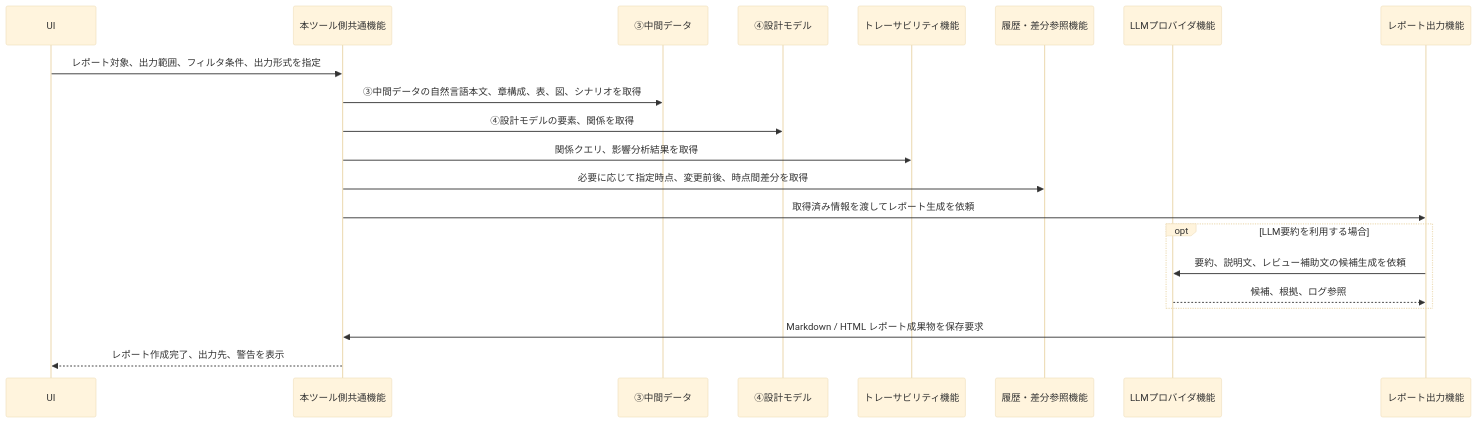
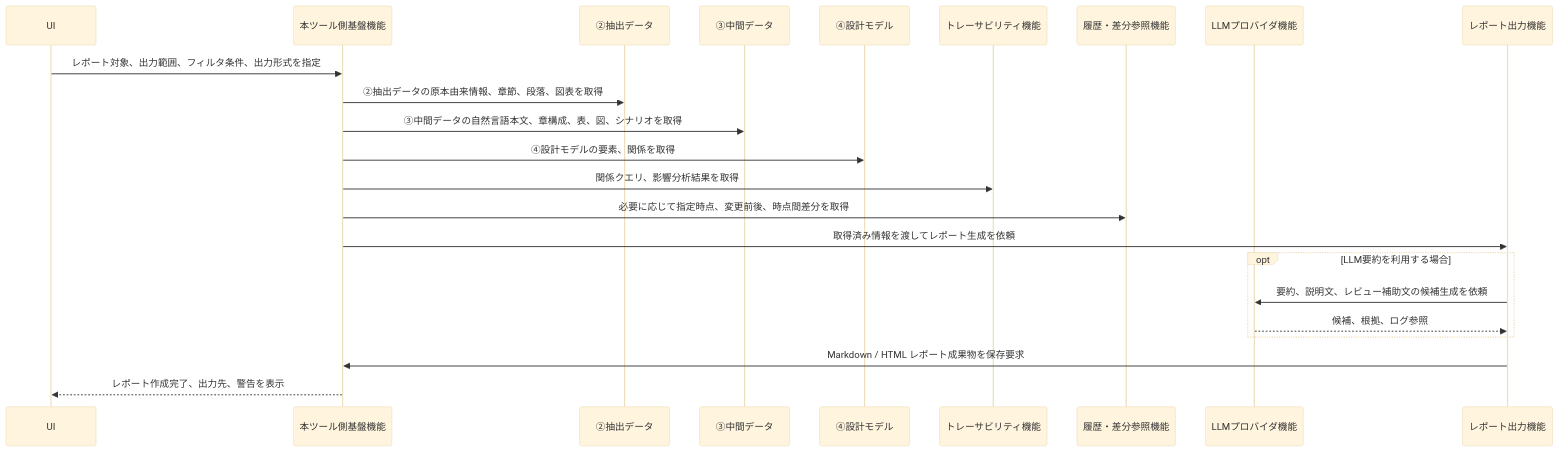
One commit to kfuruichi0920/d2d changed the eighth of 9 diagrams in docs/sdd_function_architecture.md. Above: the diagram before and after it, drawn with Mermaid (base theme). The commit also changed other lines of this file and 1 other file, not shown here.

````diff
--- a/docs/sdd_function_architecture.md
+++ b/docs/sdd_function_architecture.md
@@ -346,24 +341,26 @@
 ```mermaid
 sequenceDiagram
     participant UI as UI
-    participant Host as 本ツール側共通機能
+    participant Host as 本ツール側基盤機能
+    participant Extracted as ②抽出データ
     participant IntermediateData as ③中間データ
     participant DesignModel as ④設計モデル
     participant Trace as トレーサビリティ機能
     participant History as 履歴・差分参照機能
     participant LLM as LLMプロバイダ機能
     participant Report as レポート出力機能
 
     UI->>Host: レポート対象、出力範囲、フィルタ条件、出力形式を指定
+    Host->>Extracted: ②抽出データの原本由来情報、章節、段落、図表を取得
     Host->>IntermediateData: ③中間データの自然言語本文、章構成、表、図、シナリオを取得
     Host->>DesignModel: ④設計モデルの要素、関係を取得
     Host->>Trace: 関係クエリ、影響分析結果を取得
     Host->>History: 必要に応じて指定時点、変更前後、時点間差分を取得
     Host->>Report: 取得済み情報を渡してレポート生成を依頼
     opt LLM要約を利用する場合
         Report->>LLM: 要約、説明文、レビュー補助文の候補生成を依頼
         LLM-->>Report: 候補、根拠、ログ参照
     end
     Report->>Host: Markdown / HTML レポート成果物を保存要求
     Host-->>UI: レポート作成完了、出力先、警告を表示
 ```
````
